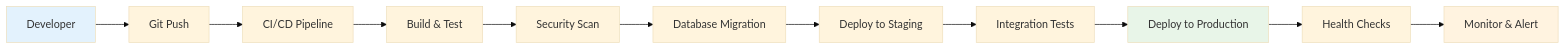
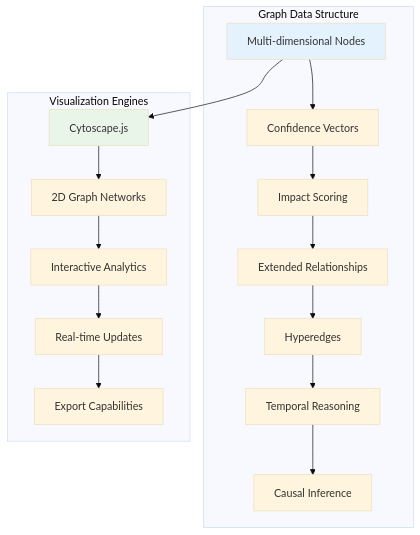
Before and after one commit to SaptaDey/asr-nexus-explorer: the third of 3 diagrams in README.md, drawn with Mermaid (base theme). The commit also changed other lines of this file and 6 other files, not shown here.

````diff
--- a/README.md
+++ b/README.md
@@ -806,17 +148,22 @@
 ```mermaid
-graph LR
-    A[Developer] --> B[Git Push]
-    B --> C[CI/CD Pipeline]
-    C --> D[Build & Test]
-    D --> E[Security Scan]
-    E --> F[Database Migration]
-    F --> G[Deploy to Staging]
-    G --> H[Integration Tests]
-    H --> I[Deploy to Production]
-    I --> J[Health Checks]
-    J --> K[Monitor & Alert]
+graph TB
+    subgraph "Graph Data Structure"
+        A[Multi-dimensional Nodes] --> B[Confidence Vectors]
+        B --> C[Impact Scoring]
+        C --> D[Extended Relationships]
+        D --> E[Hyperedges]
+        E --> F[Temporal Reasoning]
+        F --> G[Causal Inference]
+    end
     
+    subgraph "Visualization Engines"
+        H[Cytoscape.js] --> I[2D Graph Networks]
+        I --> J[Interactive Analytics]
+        J --> K[Real-time Updates]
+        K --> L[Export Capabilities]
+    end
+    
+    A --> H
     style A fill:#e3f2fd
-    style I fill:#e8f5e8
-    style K fill:#fff3e0
+    style H fill:#e8f5e8
 ```
````
